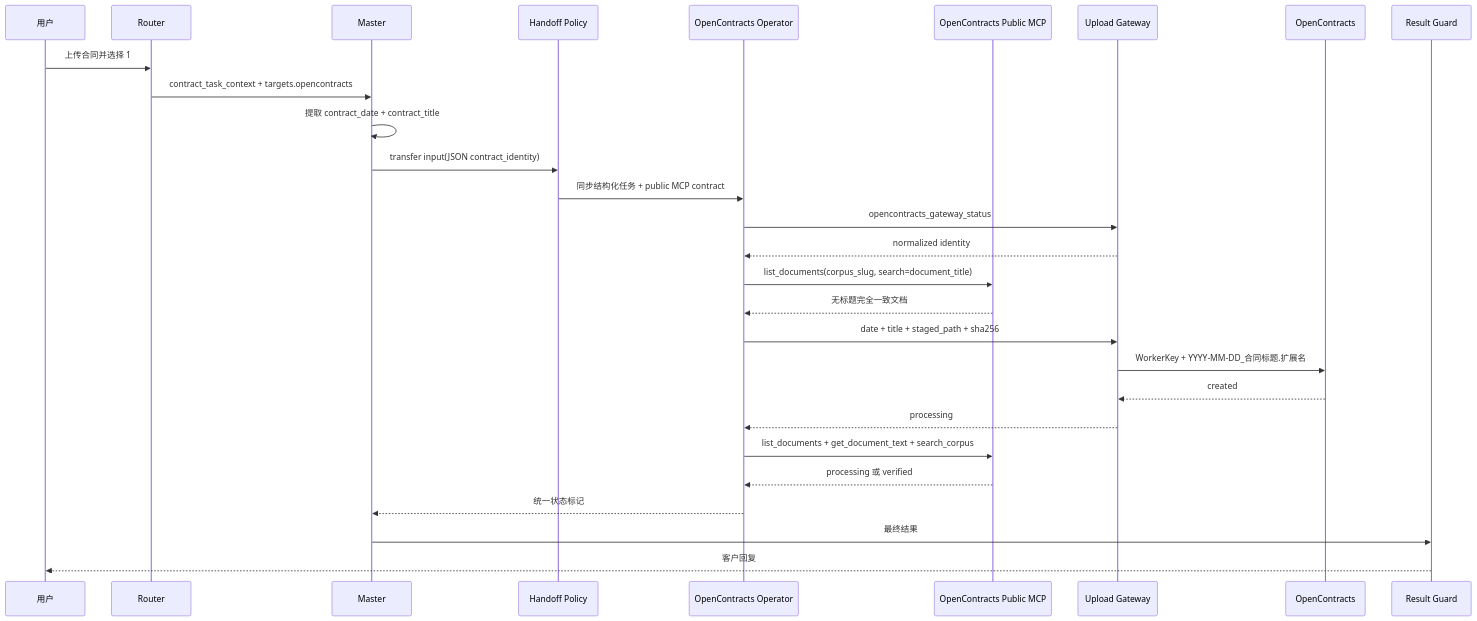
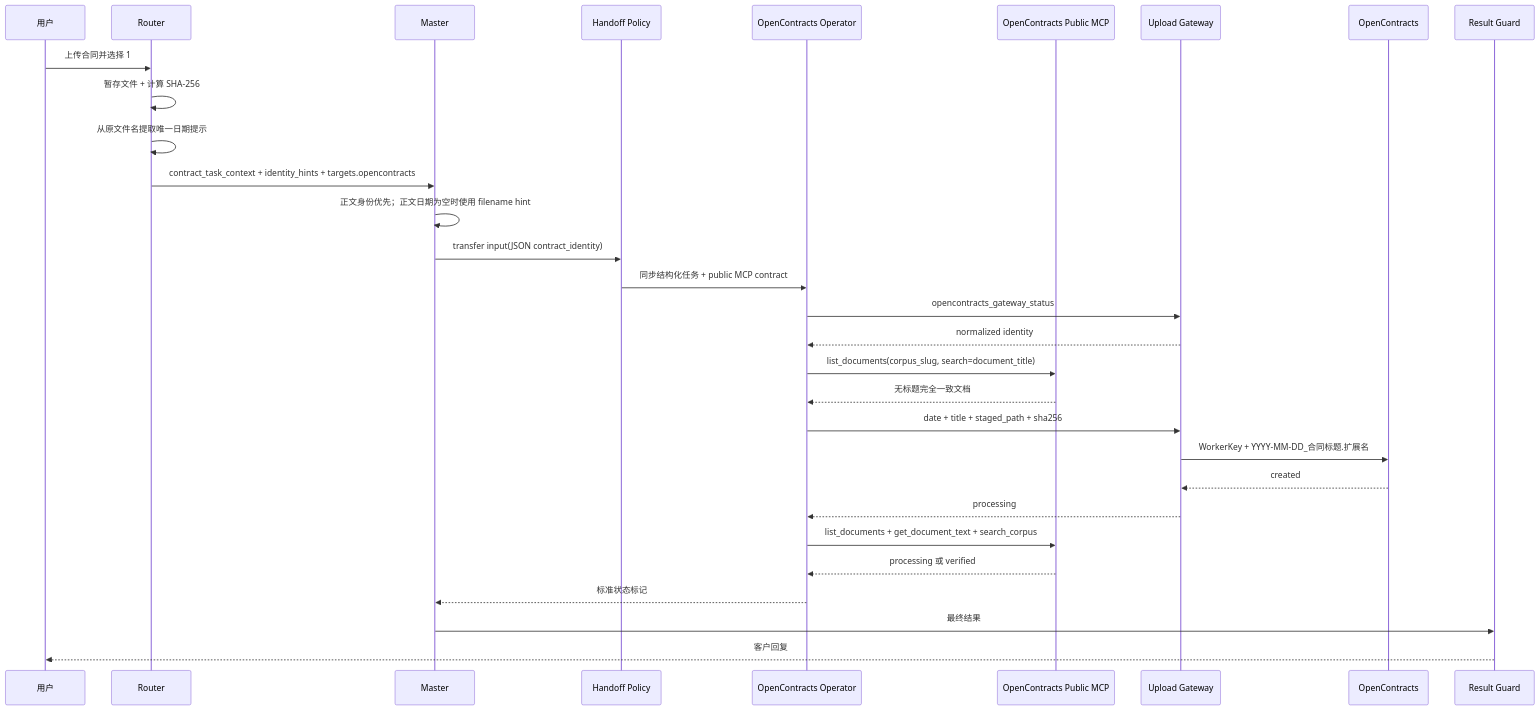
Before and after one commit to Ri0n72Y/ContractBotConfig: the first of 6 diagrams in docs/architecture/upload-sequence.md, drawn with Mermaid. The commit also changed other lines of this file, not shown here.

Commit message:
docs: add blocked resume upload sequence

````diff
--- a/docs/architecture/upload-sequence.md
+++ b/docs/architecture/upload-sequence.md
@@ -5,31 +5,33 @@
 ```mermaid
 sequenceDiagram
     participant U as 用户
     participant R as Router
     participant M as Master
     participant H as Handoff Policy
     participant O as OpenContracts Operator
     participant MCP as OpenContracts Public MCP
     participant G as Upload Gateway
     participant OC as OpenContracts
     participant RG as Result Guard
 
     U->>R: 上传合同并选择 1
-    R->>M: contract_task_context + targets.opencontracts
-    M->>M: 提取 contract_date + contract_title
+    R->>R: 暂存文件 + 计算 SHA-256
+    R->>R: 从原文件名提取唯一日期提示
+    R->>M: contract_task_context + identity_hints + targets.opencontracts
+    M->>M: 正文身份优先；正文日期为空时使用 filename hint
     M->>H: transfer input(JSON contract_identity)
     H->>O: 同步结构化任务 + public MCP contract
     O->>G: opencontracts_gateway_status
     G-->>O: normalized identity
     O->>MCP: list_documents(corpus_slug, search=document_title)
     MCP-->>O: 无标题完全一致文档
     O->>G: date + title + staged_path + sha256
     G->>OC: WorkerKey + YYYY-MM-DD_合同标题.扩展名
     OC-->>G: created
     G-->>O: processing
     O->>MCP: list_documents + get_document_text + search_corpus
     MCP-->>O: processing 或 verified
-    O-->>M: 统一状态标记
+    O-->>M: 标准状态标记
     M->>RG: 最终结果
     RG-->>U: 客户回复
 ```
````
